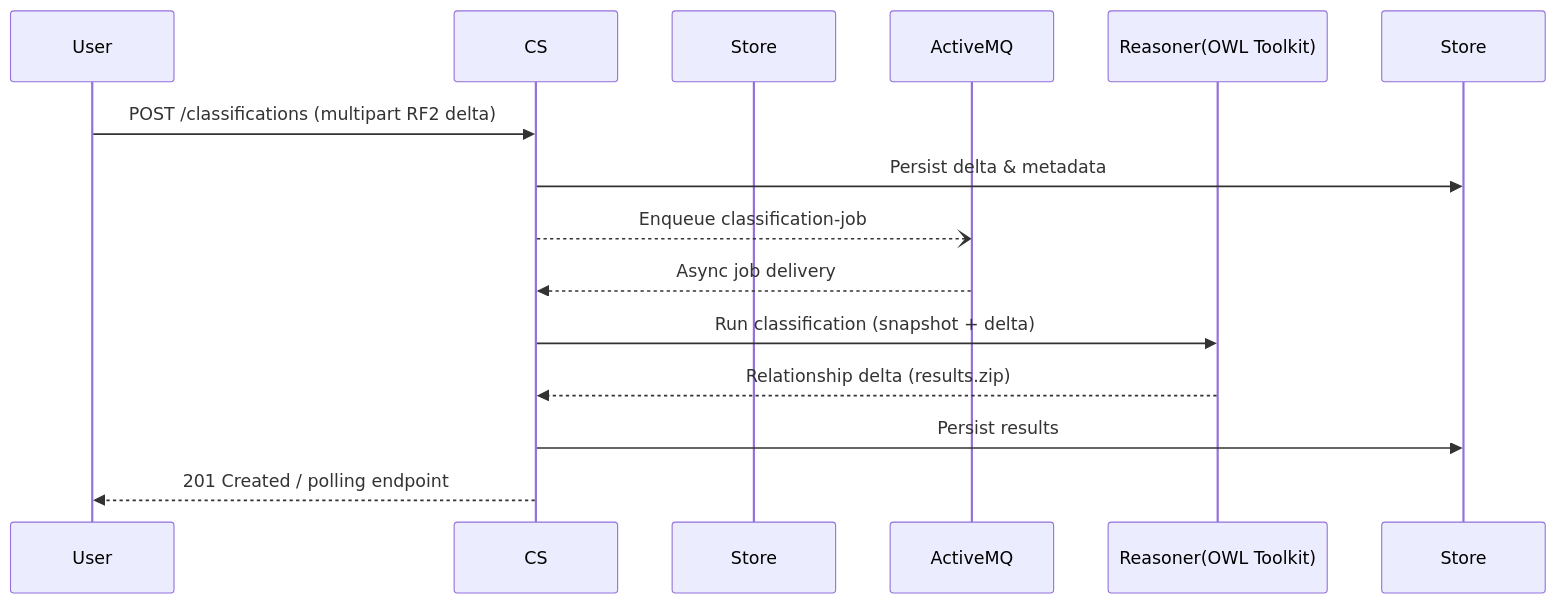
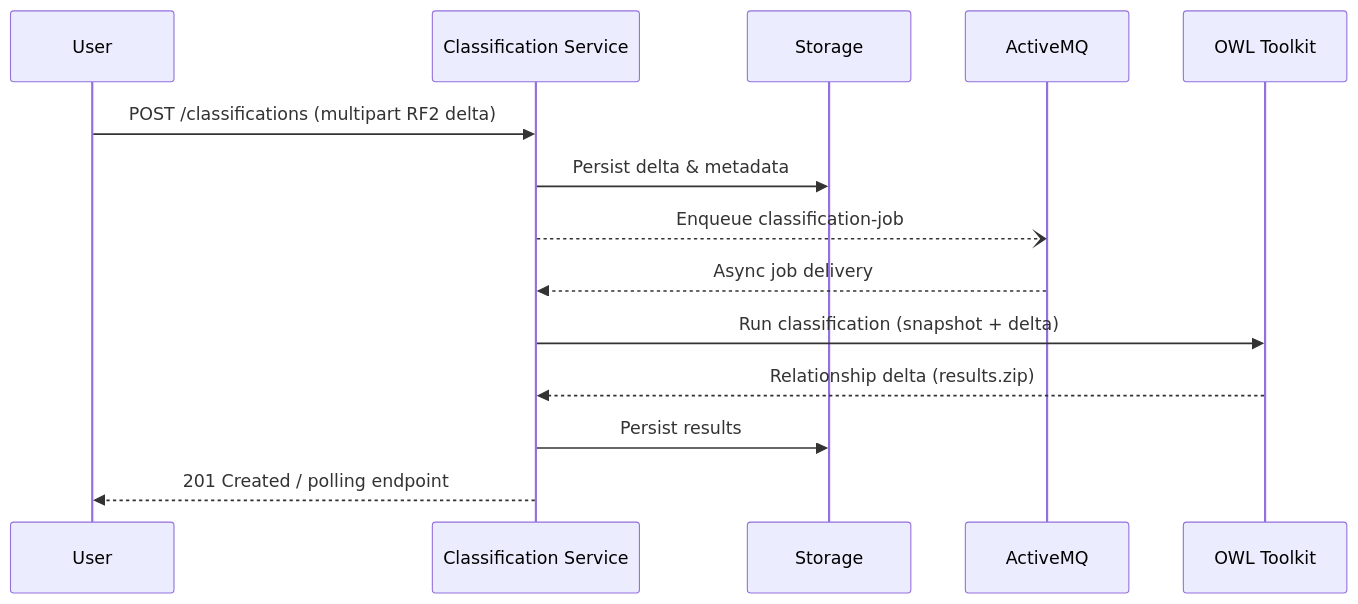
Before and after one commit to IHTSDO/classification-service: the second of 2 diagrams in README.md, drawn with Mermaid. The commit also changed other lines of this file, not shown here.

````diff
--- a/README.md
+++ b/README.md
@@ -25,16 +25,16 @@
 ```mermaid
 sequenceDiagram
     participant User
-    participant CS
-    participant Storage as Store
+    participant CS as Classification Service
+    participant Store as Storage
     participant ActiveMQ
-    participant Reasoner as Reasoner(OWL Toolkit)
+    participant Reasoner as OWL Toolkit
     User->>CS: POST /classifications (multipart RF2 delta)
     CS->>Store: Persist delta & metadata
     CS--)ActiveMQ: Enqueue classification-job
     ActiveMQ-->>CS: Async job delivery
     CS->>Reasoner: Run classification (snapshot + delta)
     Reasoner-->>CS: Relationship delta (results.zip)
     CS->>Store: Persist results
     CS-->>User: 201 Created / polling endpoint
 ```
````
